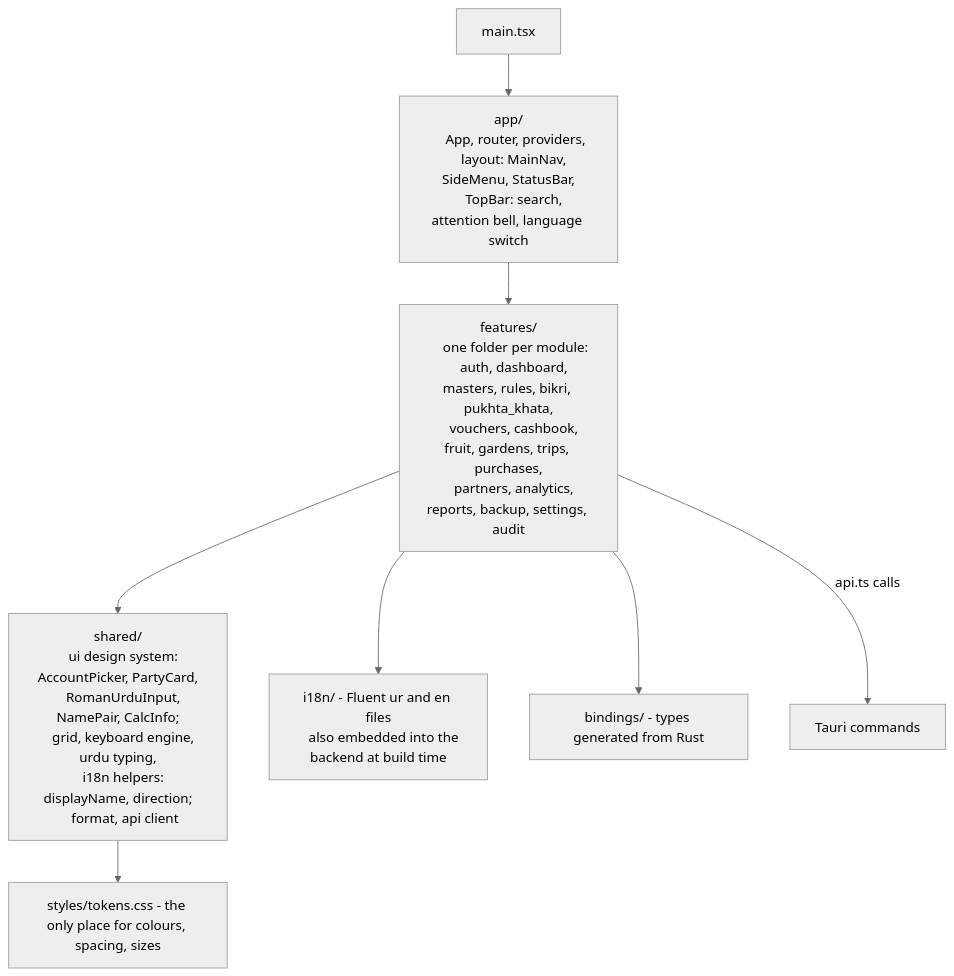
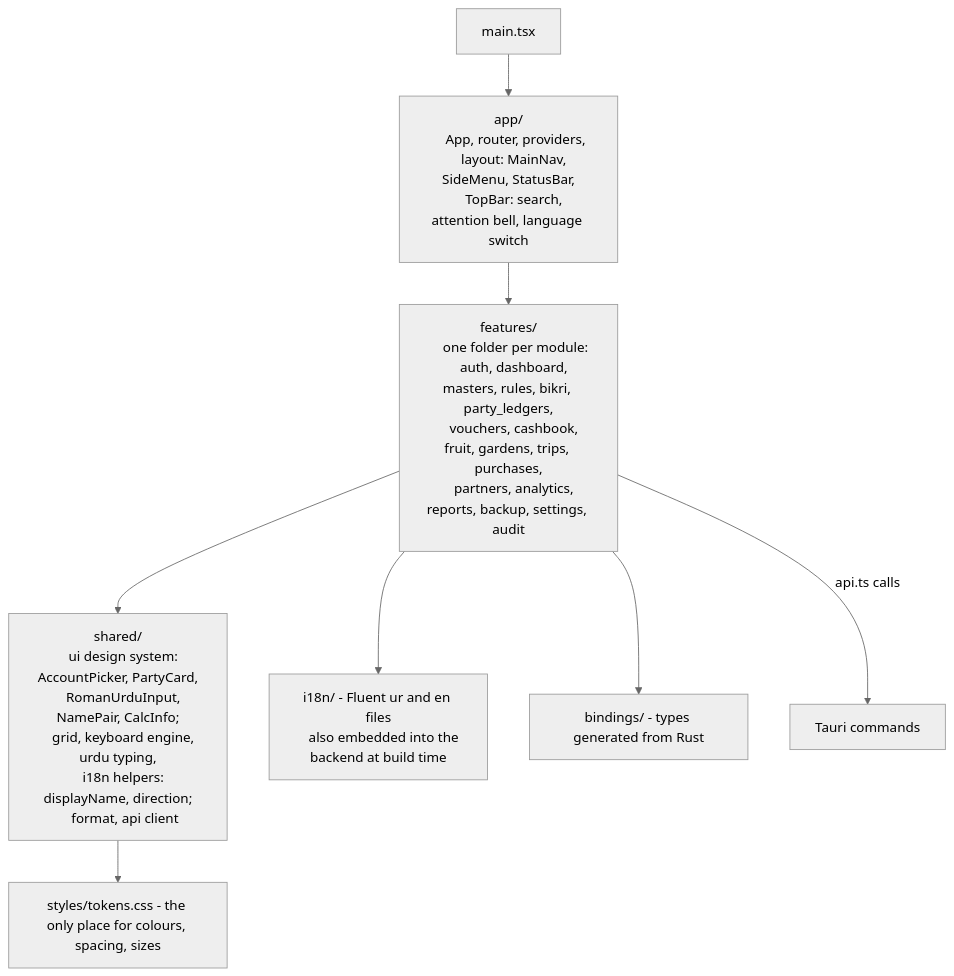
Before and after one commit to FaisalHanif12/Fruits-Mandi-Software: the fifth of 28 diagrams in .claude/rules/Architecture_v1.md, drawn with Mermaid (neutral theme). The commit also changed other lines of this file and 20 other files, not shown here.

````diff
--- a/.claude/rules/Architecture_v1.md
+++ b/.claude/rules/Architecture_v1.md
@@ -187,23 +187,23 @@
 ```mermaid
 flowchart TB
     MAIN["main.tsx"] --> APPSHELL["app/
     App, router, providers,
     layout: MainNav, SideMenu, StatusBar,
     TopBar: search, attention bell, language switch"]
     APPSHELL --> FEAT["features/
     one folder per module:
-    auth, dashboard, masters, rules, bikri, pukhta_khata,
+    auth, dashboard, masters, rules, bikri, party_ledgers,
     vouchers, cashbook, fruit, gardens, trips, purchases,
     partners, analytics, reports, backup, settings, audit"]
     FEAT --> SHARED["shared/
     ui design system: AccountPicker, PartyCard,
     RomanUrduInput, NamePair, CalcInfo;
     grid, keyboard engine, urdu typing,
     i18n helpers: displayName, direction;
     format, api client"]
     FEAT --> I18N["i18n/ - Fluent ur and en files
     also embedded into the backend at build time"]
     FEAT --> BIND["bindings/ - types generated from Rust"]
     SHARED --> TOK["styles/tokens.css - the only place for colours, spacing, sizes"]
     FEAT -- "api.ts calls" --> TAURI["Tauri commands"]
 ```
````
